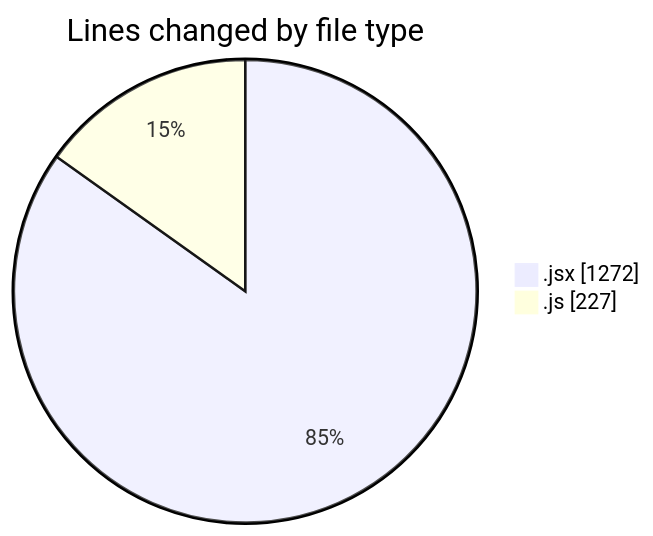
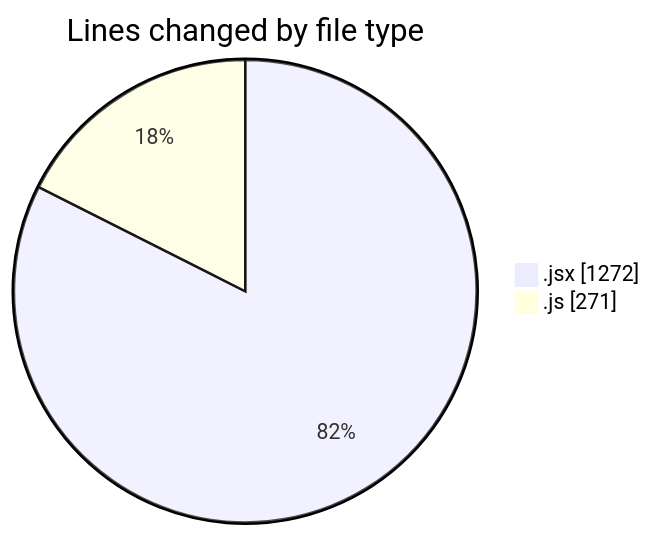
Before and after one commit to nxtqubesakshisongat/code-tracking: the first of 2 diagrams in 2025-05-19/nxtqube_webapp/README.md, drawn with Mermaid. The commit also changed other lines of this file and 1 other file, not shown here.

````diff
--- a/2025-05-19/nxtqube_webapp/README.md
+++ b/2025-05-19/nxtqube_webapp/README.md
@@ -26,6 +26,6 @@
 ```mermaid
 pie showData
 title Lines changed by file type
 ".jsx" : 1272
-".js" : 227
+".js" : 271
 ```
````
